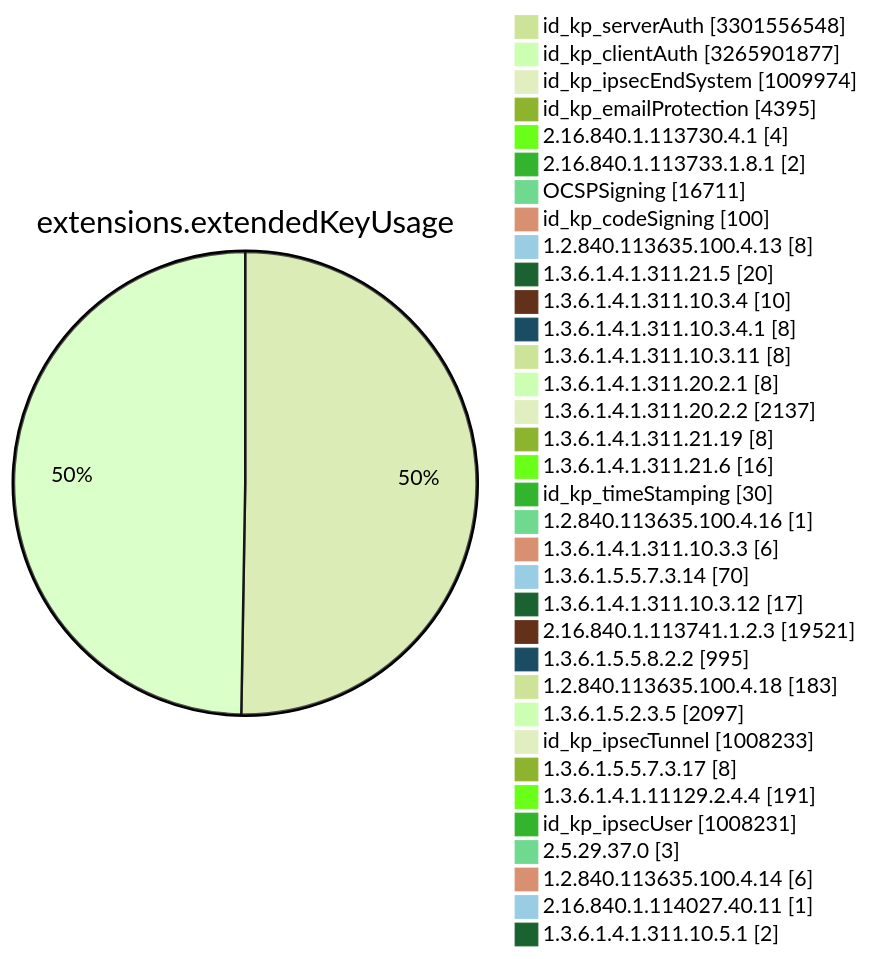
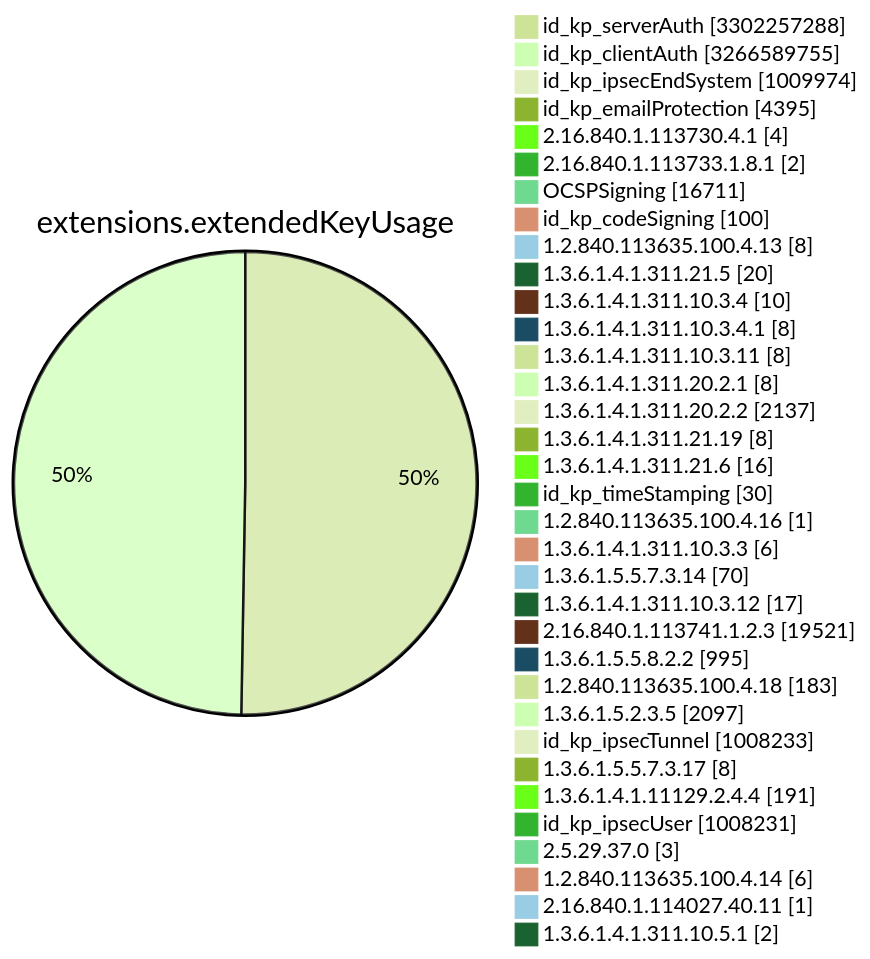
One commit to christiankrug/ctmonitor_visualization changed diagram 11 of 15 in TOTAL/README.md. Above: the diagram before and after it, drawn with Mermaid (forest theme). The commit also changed other lines of this file, not shown here.

````diff
--- a/TOTAL/README.md
+++ b/TOTAL/README.md
@@ -4120,38 +4120,38 @@
 ```mermaid
 pie showData
 title extensions.extendedKeyUsage
-"id_kp_serverAuth" :3301556548
-"id_kp_clientAuth" :3265901877
+"id_kp_serverAuth" :3302257288
+"id_kp_clientAuth" :3266589755
 "id_kp_ipsecEndSystem" :1009974
 "id_kp_emailProtection" :4395
 "2.16.840.1.113730.4.1" :4
 "2.16.840.1.113733.1.8.1" :2
 "OCSPSigning" :16711
 "id_kp_codeSigning" :100
 "1.2.840.113635.100.4.13" :8
 "1.3.6.1.4.1.311.21.5" :20
 "1.3.6.1.4.1.311.10.3.4" :10
 "1.3.6.1.4.1.311.10.3.4.1" :8
 "1.3.6.1.4.1.311.10.3.11" :8
 "1.3.6.1.4.1.311.20.2.1" :8
 "1.3.6.1.4.1.311.20.2.2" :2137
 "1.3.6.1.4.1.311.21.19" :8
 "1.3.6.1.4.1.311.21.6" :16
 "id_kp_timeStamping" :30
 "1.2.840.113635.100.4.16" :1
 "1.3.6.1.4.1.311.10.3.3" :6
 "1.3.6.1.5.5.7.3.14" :70
 "1.3.6.1.4.1.311.10.3.12" :17
 "2.16.840.1.113741.1.2.3" :19521
 "1.3.6.1.5.5.8.2.2" :995
 "1.2.840.113635.100.4.18" :183
 "1.3.6.1.5.2.3.5" :2097
 "id_kp_ipsecTunnel" :1008233
 "1.3.6.1.5.5.7.3.17" :8
 "1.3.6.1.4.1.11129.2.4.4" :191
 "id_kp_ipsecUser" :1008231
 "2.5.29.37.0" :3
 "1.2.840.113635.100.4.14" :6
 "2.16.840.1.114027.40.11" :1
 "1.3.6.1.4.1.311.10.5.1" :2
 ```
````
